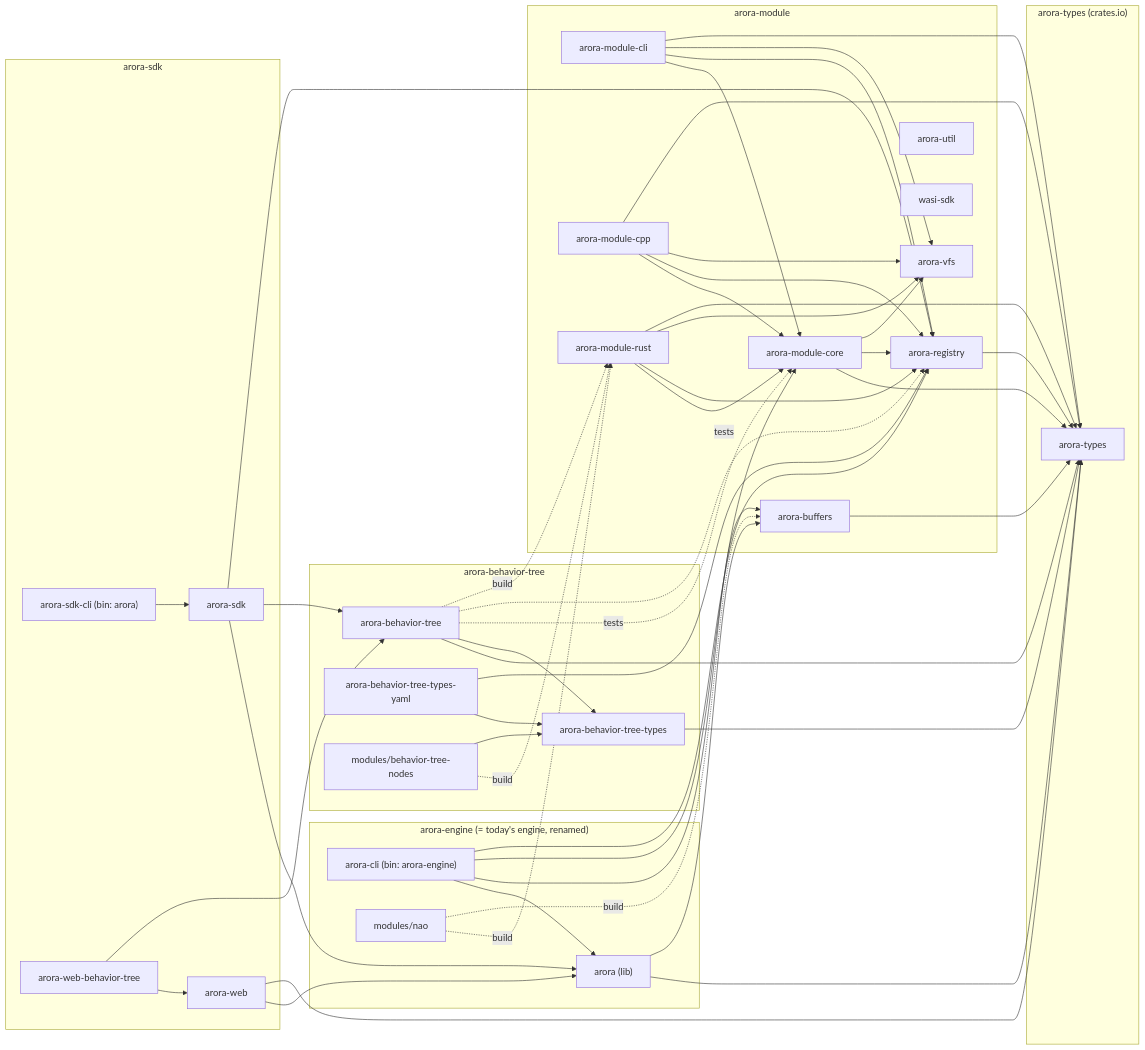
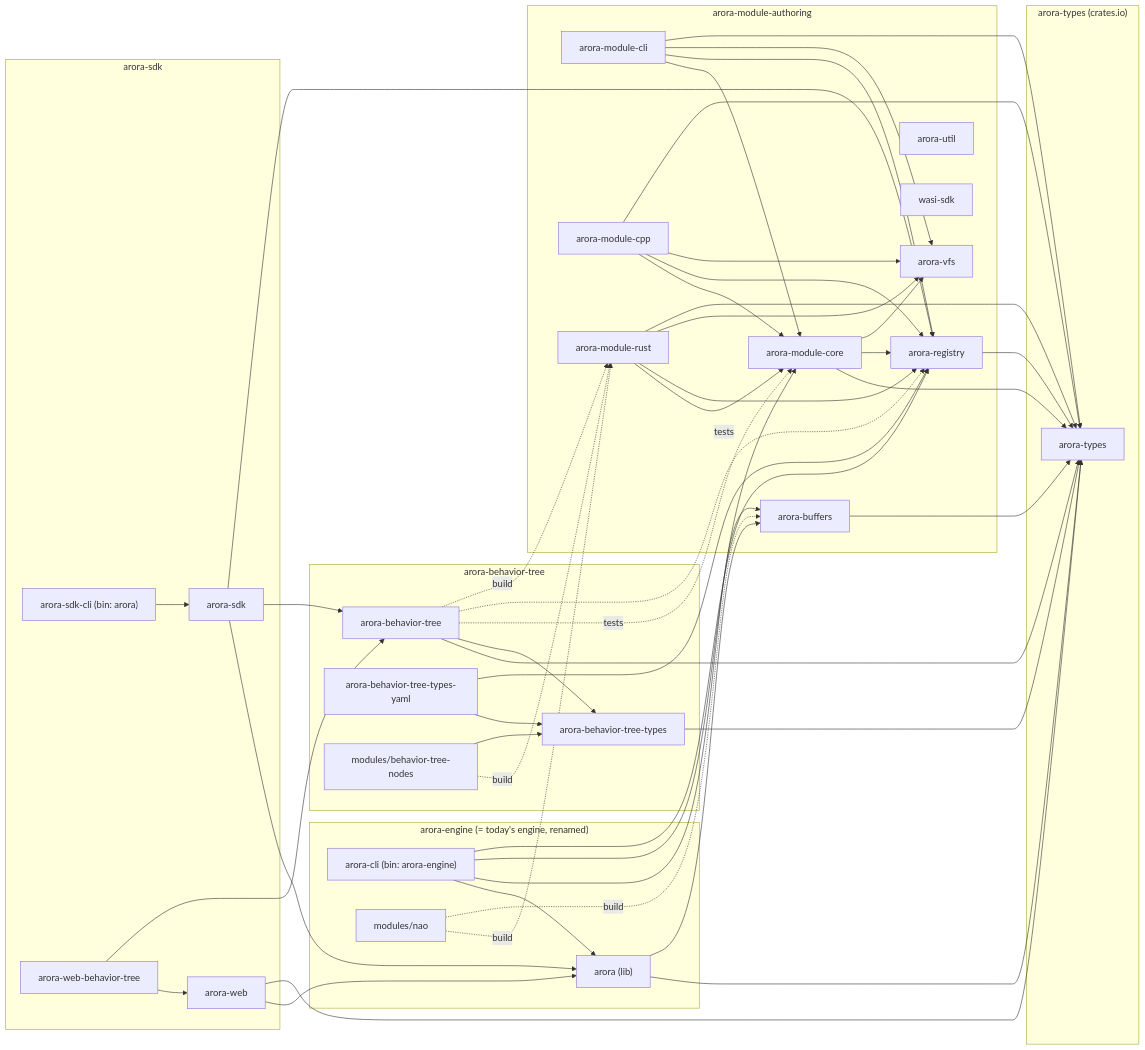
The second of 6 diagrams in docs/proposal-split-arora-repos.md (semio-ai/arora-sdk), drawn with Mermaid before and after one commit. The commit also changed other lines of this file and 2 other files, not shown here.

First line of the commit message:
docs: address PR 72 review — rename arora-module repo, define arora-web

```diff
--- a/docs/proposal-split-arora-repos.md
+++ b/docs/proposal-split-arora-repos.md
@@ -190,7 +200,7 @@
         types["arora-types"]
     end
 
-    subgraph module_repo["arora-module"]
+    subgraph module_repo["arora-module-authoring"]
         m_core["arora-module-core"]
         m_cli["arora-module-cli"]
         m_rust["arora-module-rust"]
@@ -222,7 +232,7 @@
         sdk_web_bt["arora-web-behavior-tree"]
     end
 
-    %% arora-module internal
+    %% arora-module-authoring internal
     m_core --> types
     m_core --> m_reg
     m_core --> m_vfs
```
